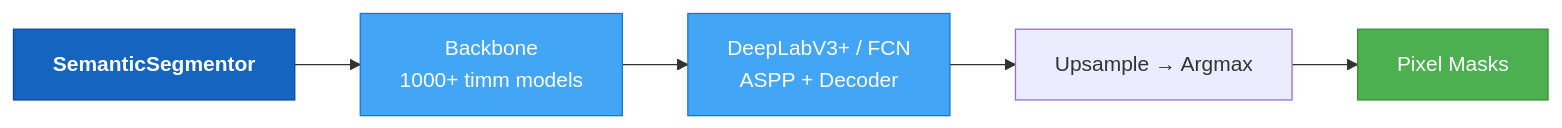
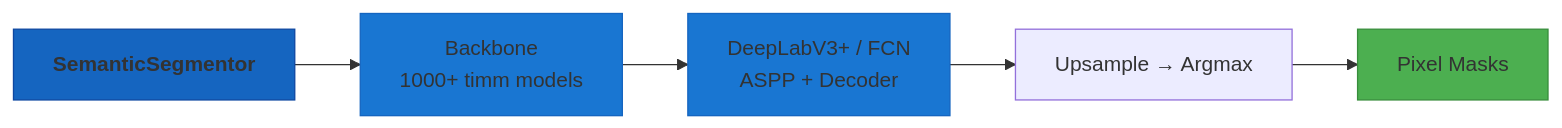
The fourth of 5 diagrams in docs/user-guide/models/index.md (theja-vanka/AutoTimm), drawn with Mermaid before and after one commit. The commit also changed other lines of this file and 37 other files, not shown here.

````diff
--- a/docs/user-guide/models/index.md
+++ b/docs/user-guide/models/index.md
@@ -59,12 +59,12 @@
 ```mermaid
 graph LR
     A[<b>SemanticSegmentor</b>] --> B[Backbone<br/>1000+ timm models]
     B --> C[DeepLabV3+ / FCN<br/>ASPP + Decoder]
     C --> D[Upsample → Argmax]
     D --> E[Pixel Masks]
 
-    style A fill:#1565C0,stroke:#0D47A1,color:#fff
-    style B fill:#42A5F5,stroke:#1976D2,color:#fff
-    style C fill:#42A5F5,stroke:#1976D2,color:#fff
-    style E fill:#4CAF50,stroke:#388E3C,color:#fff
+    style A fill:#1565C0,stroke:#0D47A1
+    style B fill:#1976D2,stroke:#1565C0
+    style C fill:#1976D2,stroke:#1565C0
+    style E fill:#4CAF50,stroke:#388E3C
 ```
````
